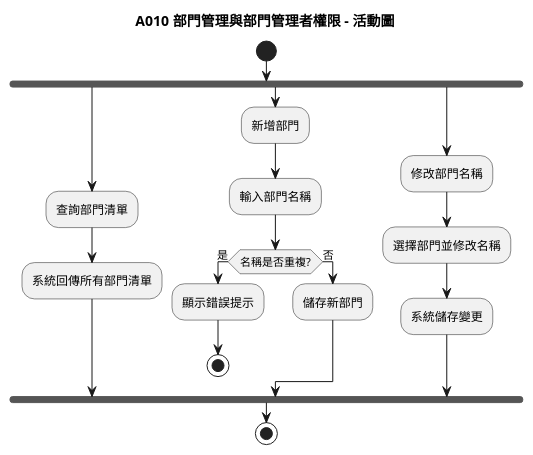
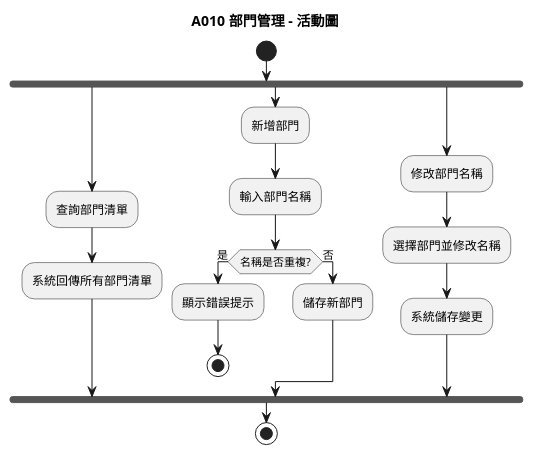
Before and after one commit to teyhawzhe/bento-uml: the diagram in output/A010/A010-activity.puml, drawn with PlantUML. The commit also changed 30 other files, not shown here.

```diff
--- a/output/A010/A010-activity.puml
+++ b/output/A010/A010-activity.puml
@@ -1,27 +1,27 @@
 @startuml A010-activity
 
-title A010 部門管理與部門管理者權限 - 活動圖
+title A010 部門管理 - 活動圖
 
 start
 
 fork
   :查詢部門清單;
   :系統回傳所有部門清單;
 fork again
   :新增部門;
   :輸入部門名稱;
   if (名稱是否重複?) then (是)
     :顯示錯誤提示;
     stop
   else (否)
     :儲存新部門;
   endif
 fork again
   :修改部門名稱;
   :選擇部門並修改名稱;
   :系統儲存變更;
 end fork
 
 stop
 
 @enduml
```
